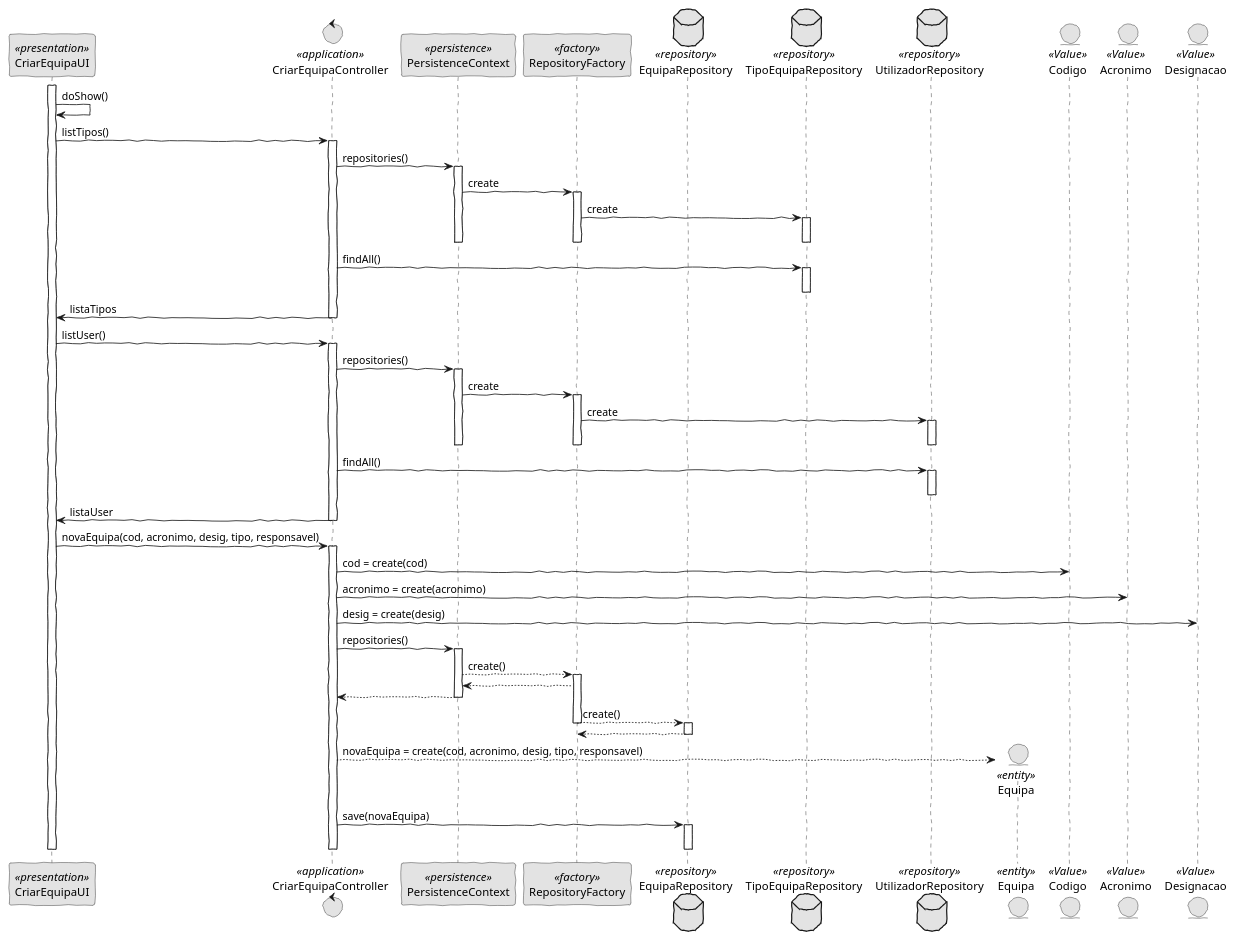
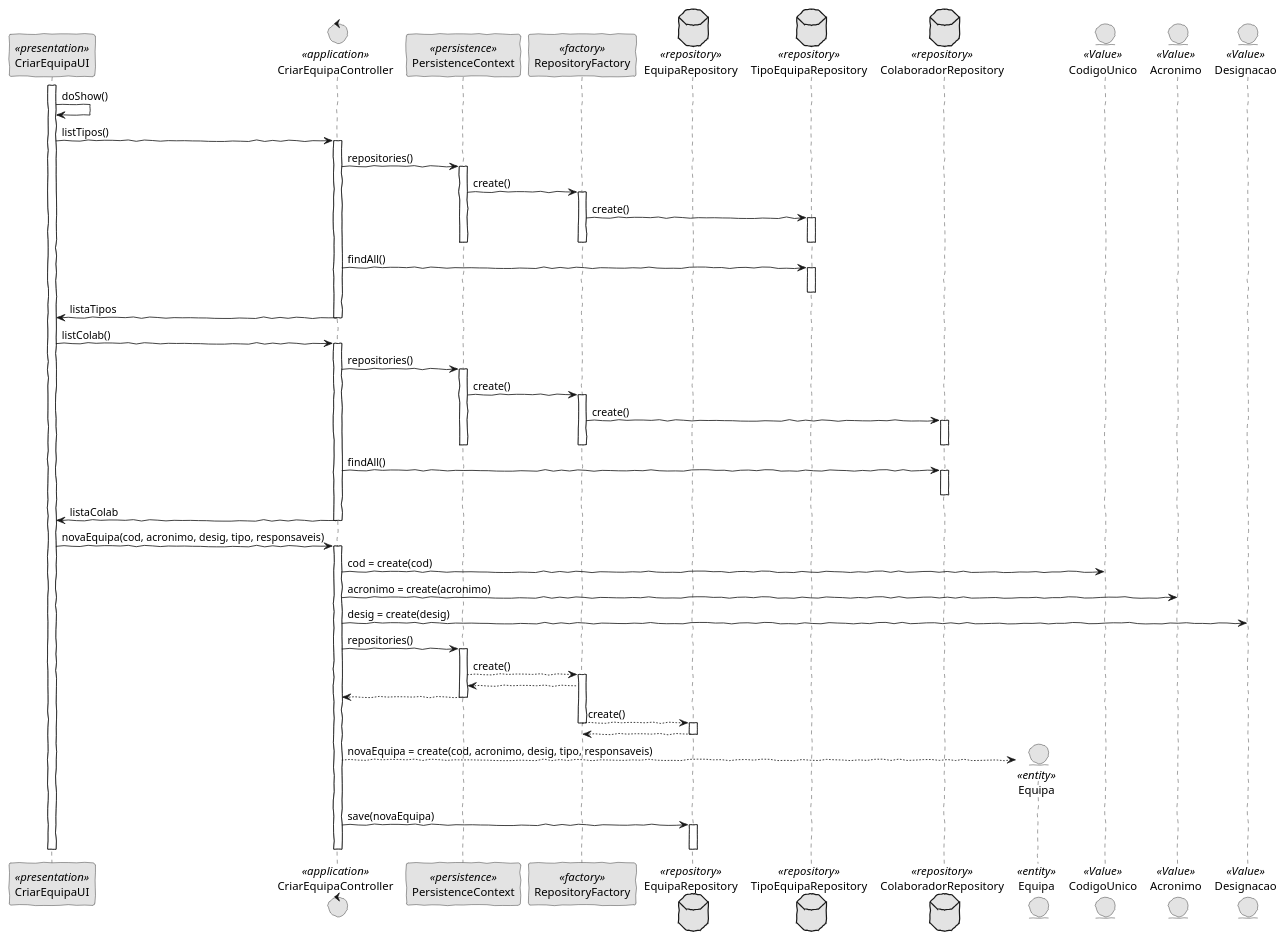
One commit to pedrolemos4/LAPR4 changed the diagram in docs/US2052_CriarEquipa/CriarEquipaSD.puml. Above: the diagram before and after it, drawn with PlantUML. The commit also changed 3 other files, not shown here.

```diff
--- a/docs/US2052_CriarEquipa/CriarEquipaSD.puml
+++ b/docs/US2052_CriarEquipa/CriarEquipaSD.puml
@@ -1,90 +1,90 @@
 @startuml
 'http://plantuml.com/skinparam.html
 skinparam handwritten true
 skinparam monochrome true
 skinparam packageStyle rect
 skinparam defaultFontName FG Virgil
 skinparam shadowing false
 
 participant CriarEquipaUI as UI <<presentation>>
 control CriarEquipaController as CTRL <<application>>
 participant PersistenceContext as Persistence <<persistence>>
 participant RepositoryFactory as Factory <<factory>>
 database EquipaRepository as ERepository <<repository>>
 database TipoEquipaRepository as TERepository <<repository>>
-database UtilizadorRepository as CRepository <<repository>>
+database ColaboradorRepository as CRepository <<repository>>
 entity Equipa as EQ <<entity>>
-entity Codigo as COD <<Value>>
+entity CodigoUnico as COD <<Value>>
 entity Acronimo as AC <<Value>>
 entity Designacao as DES <<Value>>
 
 activate UI
 
 UI -> UI : doShow()
 
 UI -> CTRL: listTipos()
     activate CTRL
       CTRL -> Persistence: repositories()
     activate Persistence
-      Persistence -> Factory: create
+      Persistence -> Factory: create()
     activate Factory
-      Factory -> TERepository: create
+      Factory -> TERepository: create()
     activate TERepository
     deactivate Factory
     deactivate Persistence
         deactivate TERepository
       CTRL -> TERepository: findAll()
       activate TERepository
       deactivate TERepository
       CTRL -> UI: listaTipos
     deactivate CTRL
 
-UI -> CTRL: listUser()
+UI -> CTRL: listColab()
     activate CTRL
       CTRL -> Persistence: repositories()
     activate Persistence
-      Persistence -> Factory: create
+      Persistence -> Factory: create()
     activate Factory
-      Factory -> CRepository: create
+      Factory -> CRepository: create()
     activate CRepository
     deactivate Factory
     deactivate Persistence
      deactivate CRepository
       CTRL -> CRepository: findAll()
       activate CRepository
    deactivate CRepository
-      CTRL -> UI: listaUser
+      CTRL -> UI: listaColab
     deactivate CTRL
     
-UI -> CTRL : novaEquipa(cod, acronimo, desig, tipo, responsavel)
+UI -> CTRL : novaEquipa(cod, acronimo, desig, tipo, responsaveis)
 activate CTRL
 
 CTRL->COD :cod = create(cod)
 CTRL->AC :acronimo = create(acronimo)
 CTRL->DES:desig = create(desig)
 		
 CTRL -> Persistence: repositories()
         activate Persistence
             Persistence --> Factory: create()
             activate Factory
                 Factory --> Persistence:
             
             Persistence --> CTRL:
         deactivate Persistence
 
             Factory --> ERepository : create()
             deactivate Factory
             
         activate ERepository
             ERepository --> Factory : 
         deactivate ERepository
         
-CTRL --> EQ ** : novaEquipa = create(cod, acronimo, desig, tipo, responsavel)
+CTRL --> EQ ** : novaEquipa = create(cod, acronimo, desig, tipo, responsaveis)
 
         CTRL -> ERepository: save(novaEquipa)
         activate ERepository
         deactivate ERepository
         
 deactivate CTRL
 deactivate UI
 @enduml
```
